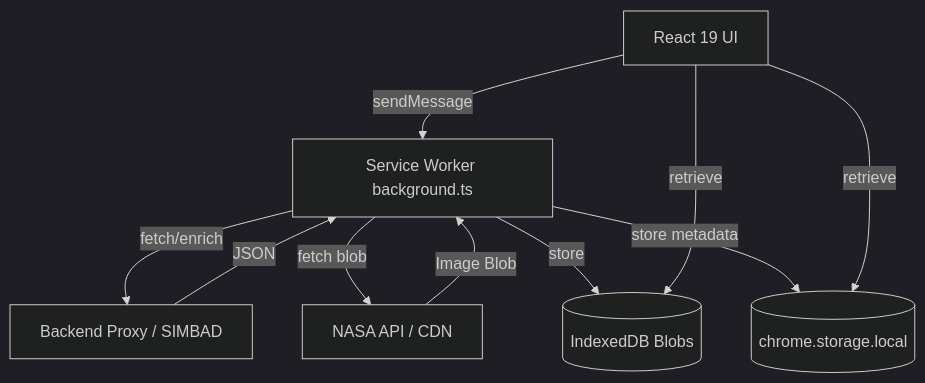
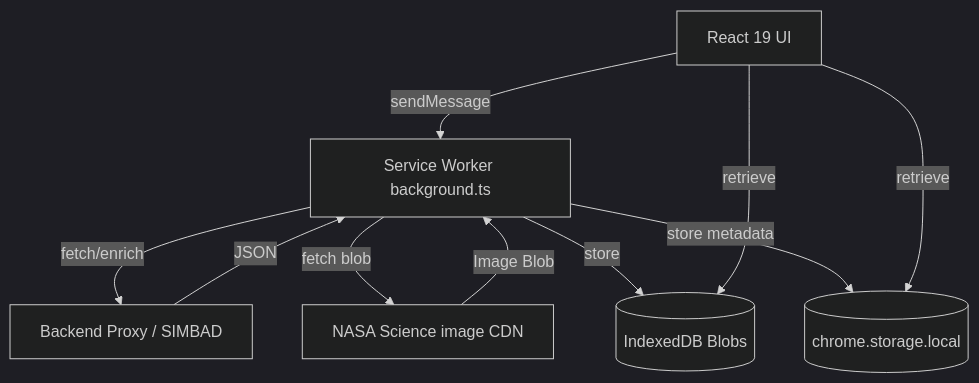
One commit to tarekul42/space-image-of-the-day-frontend changed the diagram in README.md. Above: the diagram before and after it, drawn with Mermaid (dark theme). The commit also changed 4 other files, not shown here.

````diff
--- a/README.md
+++ b/README.md
@@ -107,11 +107,11 @@
 ```mermaid
 graph TD
     UI[React 19 UI] -- sendMessage --> SW[Service Worker background.ts]
     SW -- fetch/enrich --> BE[Backend Proxy / SIMBAD]
     BE -- JSON --> SW
-    SW -- fetch blob --> NASA[NASA API / CDN]
+    SW -- fetch blob --> NASA[NASA Science image CDN]
     NASA -- Image Blob --> SW
     SW -- store --> IDB[(IndexedDB Blobs)]
     SW -- store metadata --> CSS[(chrome.storage.local)]
     UI -- retrieve --> CSS & IDB
 ```
````
